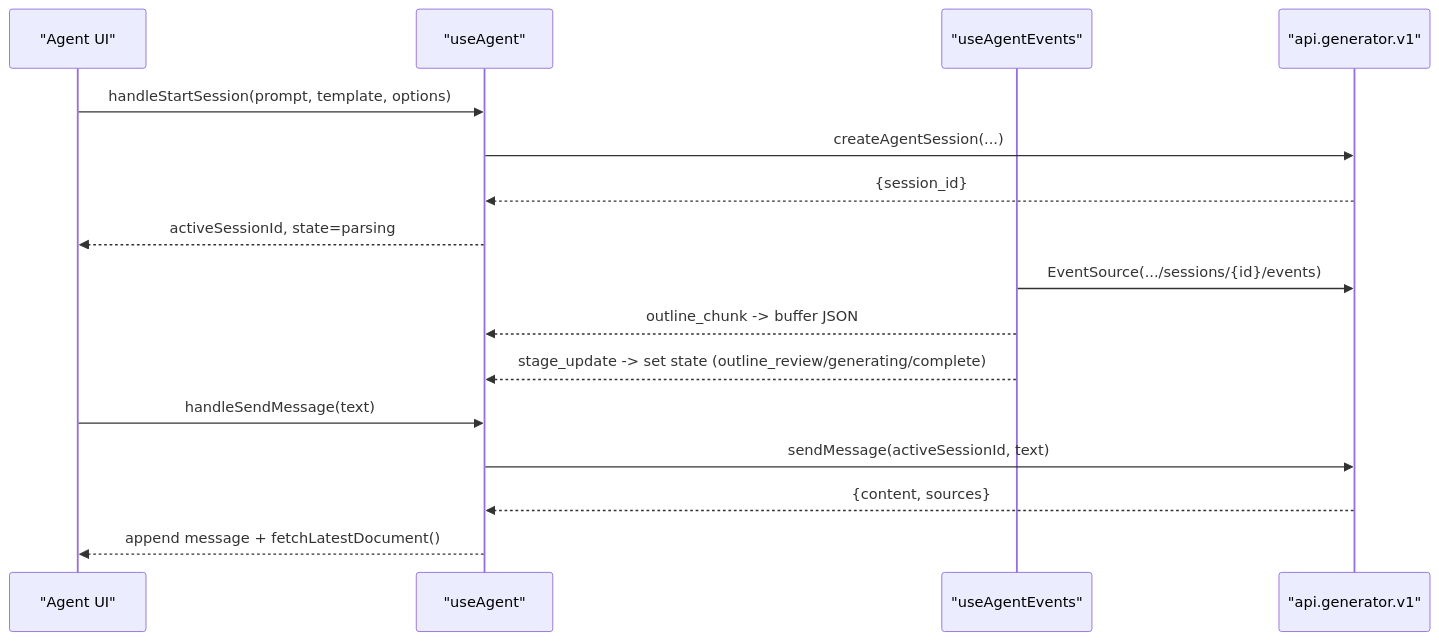
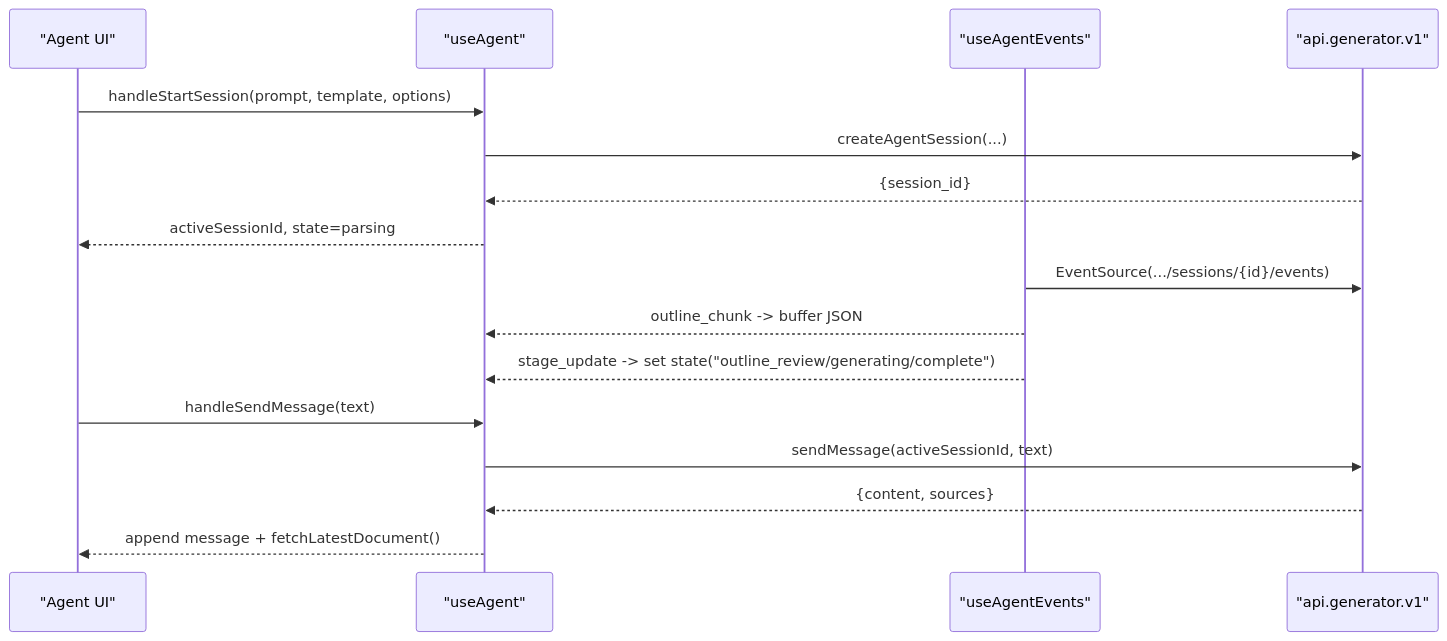
Before and after one commit to rohitkumarnaidu/ScholarFormAI: the tenth of 12 diagrams in docs/docs/knowledge/Frontend Development/State Management/Custom Hooks.md, drawn with Mermaid. The commit also changed 73 other files, not shown here.

First line of the commit message:
docs: enterprise-level markdown upgrade with Mermaid diagrams

````diff
--- a/docs/docs/knowledge/Frontend Development/State Management/Custom Hooks.md
+++ b/docs/docs/knowledge/Frontend Development/State Management/Custom Hooks.md
@@ -384,18 +384,18 @@
 ```mermaid
 sequenceDiagram
 participant UI as "Agent UI"
 participant Agent as "useAgent"
 participant SSE as "useAgentEvents"
 participant API as "api.generator.v1"
 UI->>Agent : handleStartSession(prompt, template, options)
 Agent->>API : createAgentSession(...)
 API-->>Agent : {session_id}
 Agent-->>UI : activeSessionId, state=parsing
 SSE->>API : EventSource(.../sessions/{id}/events)
 SSE-->>Agent : outline_chunk -> buffer JSON
-SSE-->>Agent : stage_update -> set state (outline_review/generating/complete)
+SSE-->>Agent : stage_update -> set state("outline_review/generating/complete")
 UI->>Agent : handleSendMessage(text)
 Agent->>API : sendMessage(activeSessionId, text)
 API-->>Agent : {content, sources}
 Agent-->>UI : append message + fetchLatestDocument()
 ```
````
